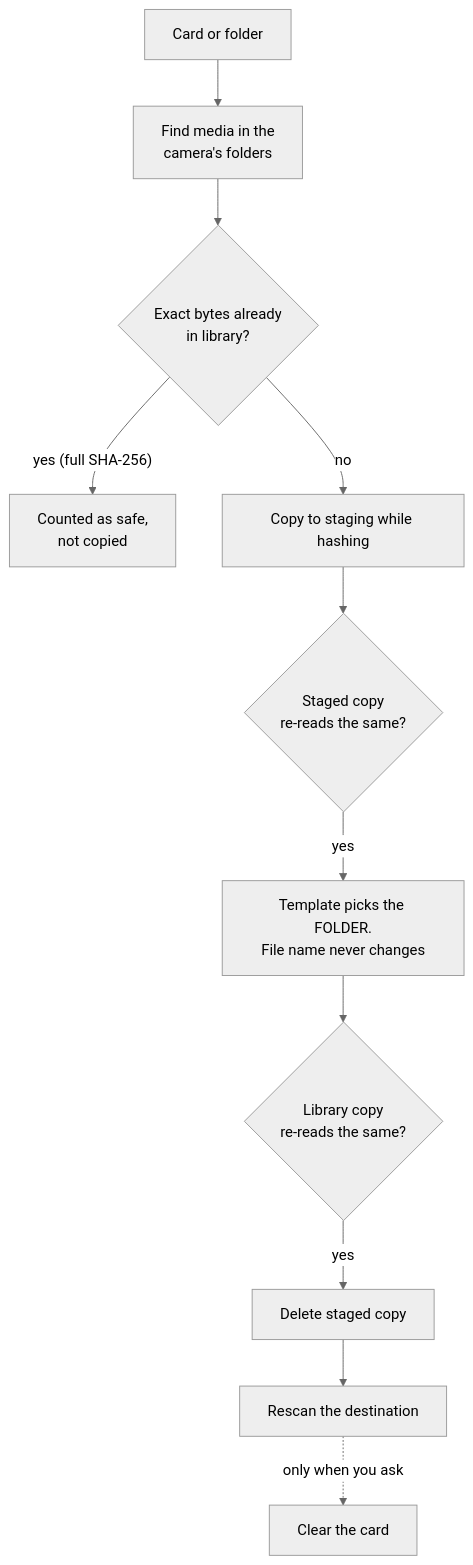
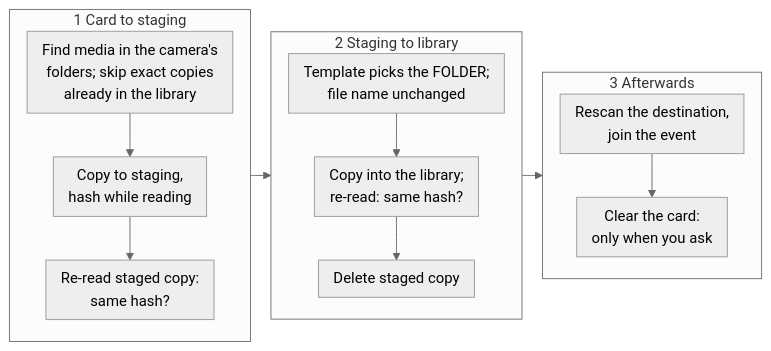
The seventh of 14 diagrams in docs/src/dataflow-lunelis.md (AxialForge/Lunelis), drawn with Mermaid (neutral theme) before and after one commit. The commit also changed other lines of this file and 3 other files, not shown here.

Commit message:
Kit: keep table header and last rows with their neighbours, taller figures, diagram and table guidance in the style guide

````diff
--- a/docs/src/dataflow-lunelis.md
+++ b/docs/src/dataflow-lunelis.md
@@ -270,13 +224,17 @@
 ```mermaid Card import. Two hash checks guard the copy, and the staged copy is deleted only after the library copy verifies.
-flowchart TD
-  A["Card or folder"] --> B["Find media in the<br/>camera's folders"]
-  B --> C{"Exact bytes already<br/>in library?"}
-  C -- "yes (full SHA-256)" --> Z["Counted as safe,<br/>not copied"]
-  C -- no --> D["Copy to staging while hashing"]
-  D --> E{"Staged copy<br/>re-reads the same?"}
-  E -- yes --> F["Template picks the FOLDER.<br/>File name never changes"]
-  F --> G{"Library copy<br/>re-reads the same?"}
-  G -- yes --> H["Delete staged copy"]
-  H --> I["Rescan the destination"]
-  I -. "only when you ask" .-> J["Clear the card"]
+%%{init: {"flowchart": {"rankSpacing": 22, "nodeSpacing": 18, "padding": 8}}}%%
+flowchart LR
+  subgraph c1["1 Card to staging"]
+    direction TB
+    A["Find media in the camera's<br/>folders; skip exact copies<br/>already in the library"] --> C["Copy to staging,<br/>hash while reading"] --> D["Re-read staged copy:<br/>same hash?"]
+  end
+  subgraph c2["2 Staging to library"]
+    direction TB
+    E["Template picks the FOLDER;<br/>file name unchanged"] --> F["Copy into the library;<br/>re-read: same hash?"] --> H["Delete staged copy"]
+  end
+  subgraph c3["3 Afterwards"]
+    direction TB
+    I["Rescan the destination,<br/>join the event"] --> J["Clear the card:<br/>only when you ask"]
+  end
+  c1 --> c2 --> c3
 ```
````
